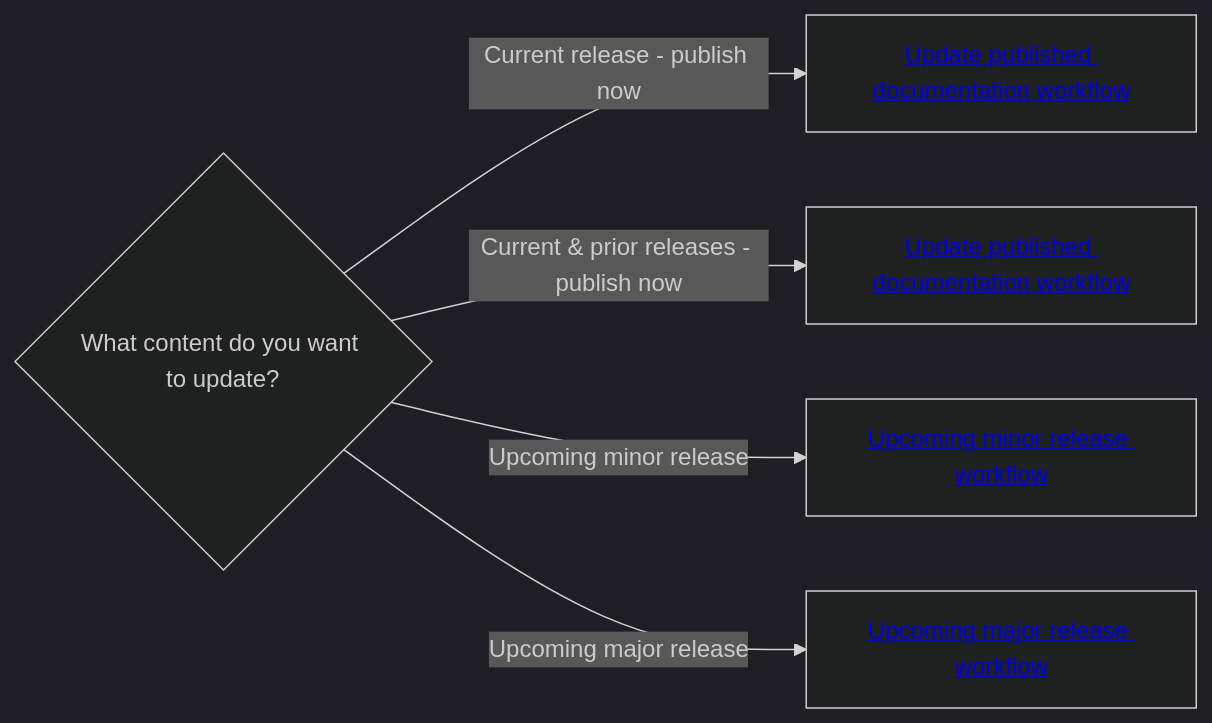
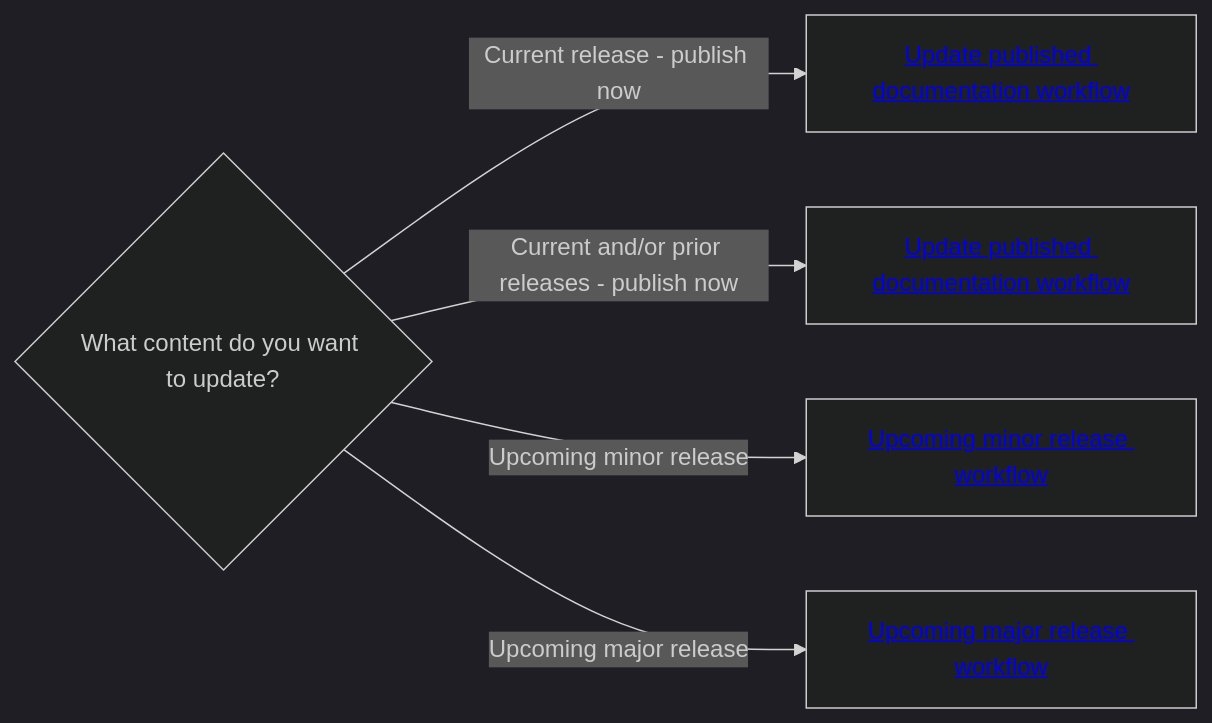
Before and after one commit to hashicorp/web-unified-docs: the diagram in docs/contribute.md, drawn with Mermaid (dark theme). The commit also changed other lines of this file, not shown here.

Commit message:
TODO workflow display options

````diff
--- a/docs/contribute.md
+++ b/docs/contribute.md
@@ -58,8 +60,8 @@
 ```mermaid
 flowchart LR
   C{What content do you want to update?}
     C -->|Current release - publish now| D[<a href='#update-published-documentation'>Update published documentation workflow</a>]
-     C -->|Current & prior releases - publish now| E[<a href='#update-published-documentation'>Update published documentation workflow</a>]
+     C -->|Current and/or prior releases - publish now| E[<a href='#update-published-documentation'>Update published documentation workflow</a>]
     C -->|Upcoming minor release| F[<a href='#upcoming-minor-release-documentation'>Upcoming minor release workflow</a>]
     C -->|Upcoming major release| G[<a href='#upcoming-major-release-documentation'>Upcoming major release workflow</a>]
 ```
````
